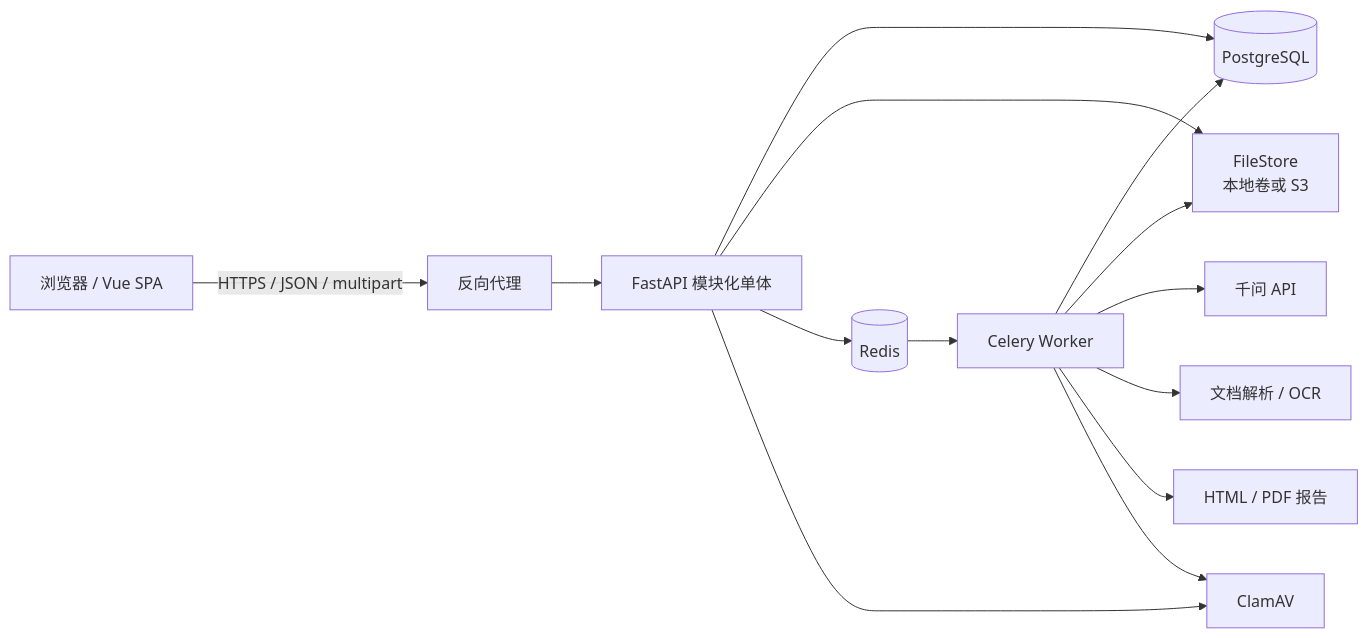
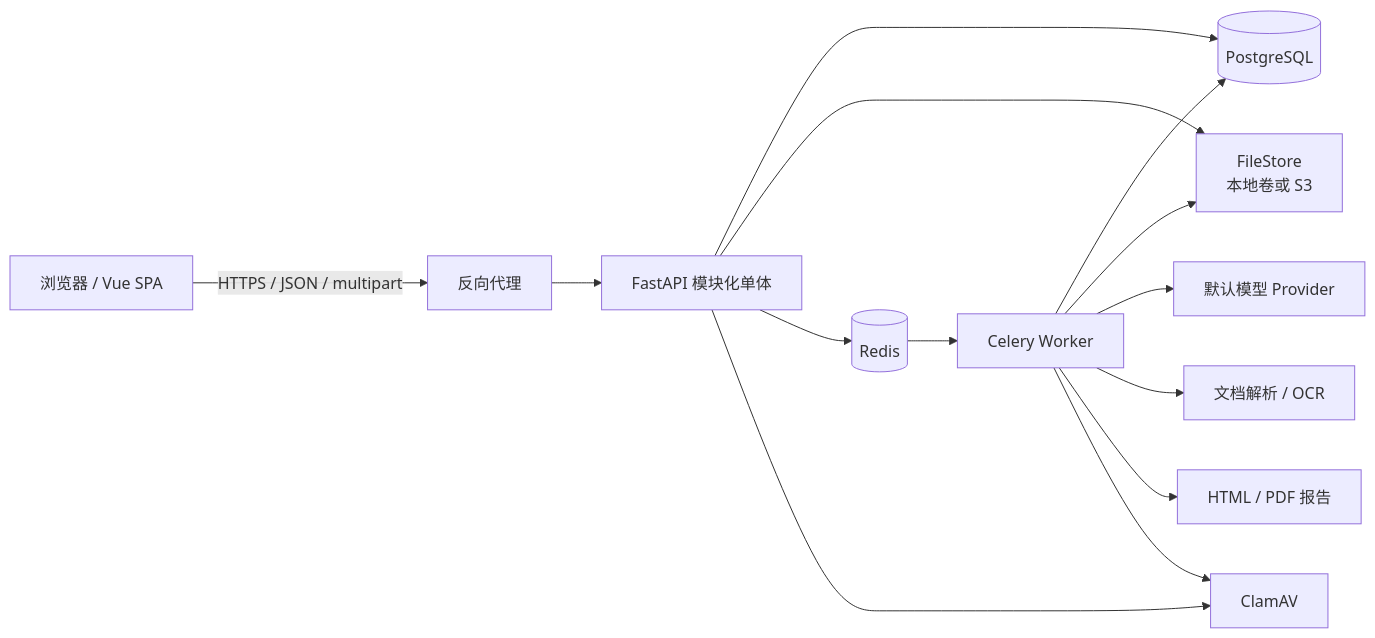
The first of 3 diagrams in docs/architecture.md (Friesmatcha/Contract), drawn with Mermaid before and after one commit. The commit also changed other lines of this file and 51 other files, not shown here.

````diff
--- a/docs/architecture.md
+++ b/docs/architecture.md
@@ -39,16 +39,16 @@
 ```mermaid
 flowchart LR
     U["浏览器 / Vue SPA"] -->|"HTTPS / JSON / multipart"| N["反向代理"]
     N --> API["FastAPI 模块化单体"]
     API --> PG[("PostgreSQL")]
     API --> FS["FileStore\n本地卷或 S3"]
     API --> R[("Redis")]
     R --> W["Celery Worker"]
     W --> PG
     W --> FS
-    W --> Q["千问 API"]
+    W --> Q["默认模型 Provider"]
     W --> OCR["文档解析 / OCR"]
     W --> PDF["HTML / PDF 报告"]
     API --> AV["ClamAV"]
     W --> AV
 ```
````
